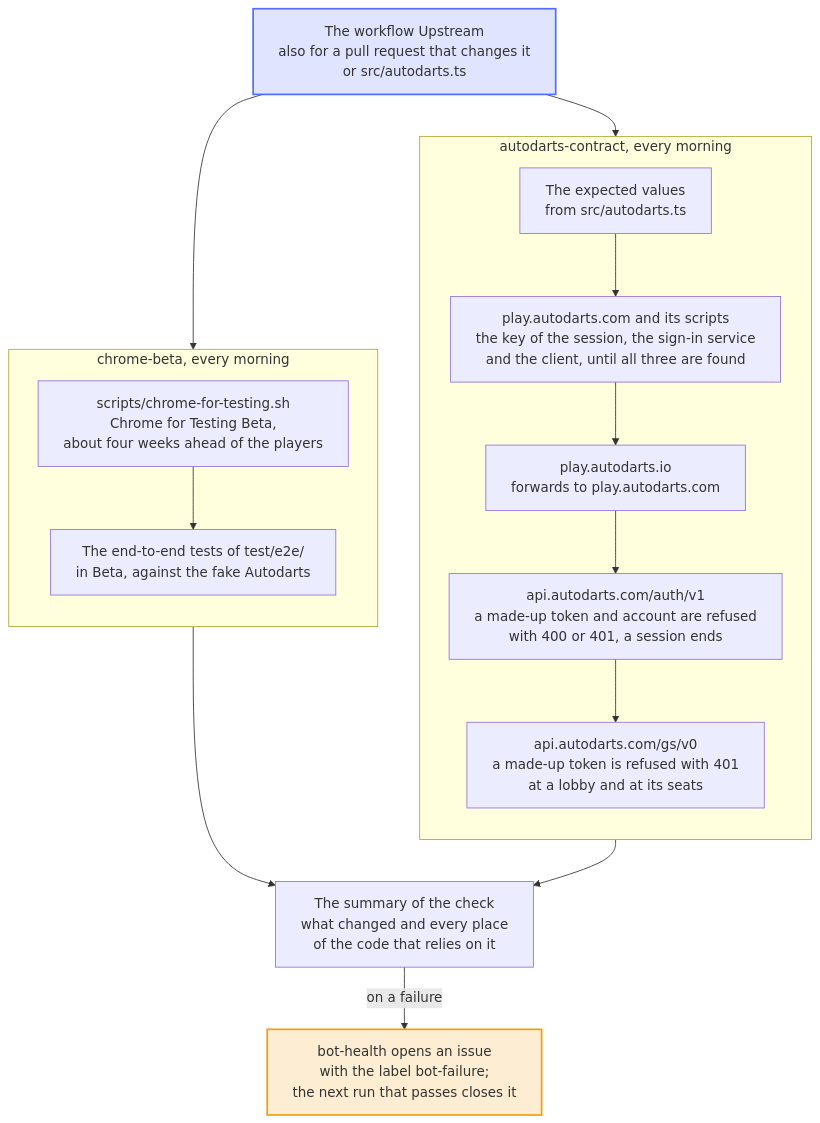
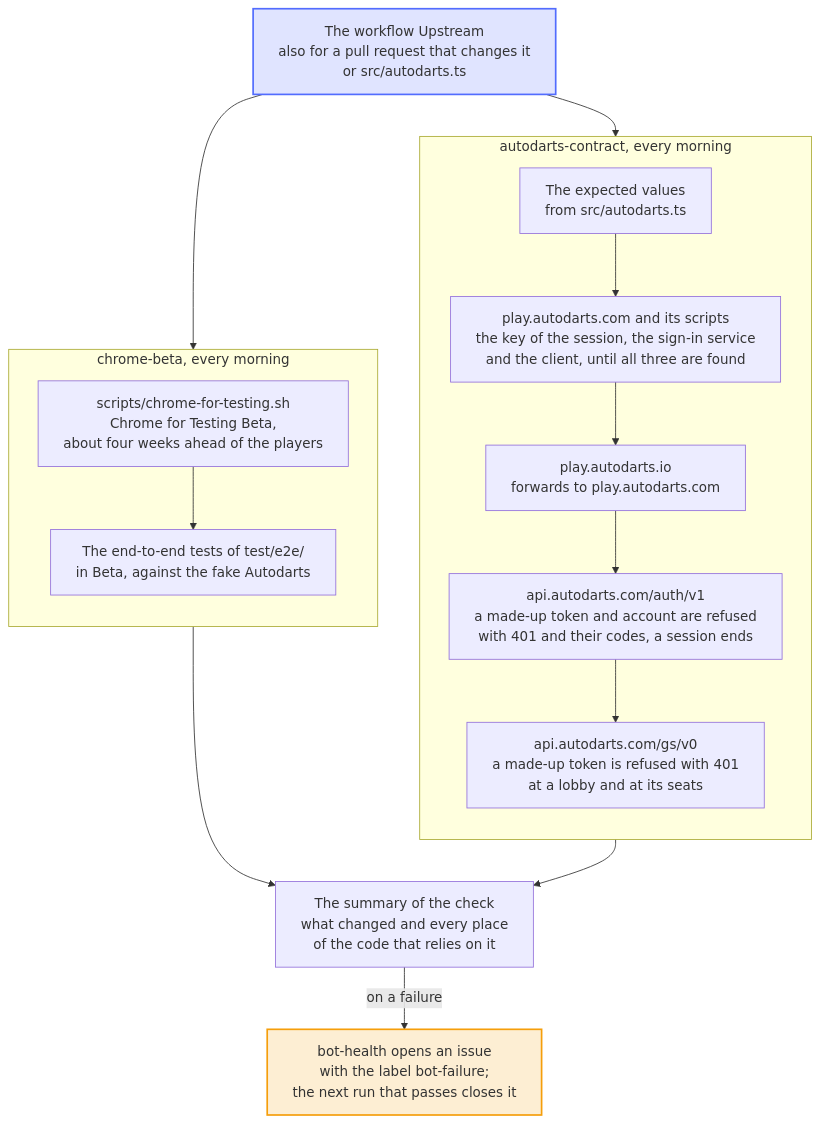
Before and after one commit to Dennis-Otto/player-switch-for-autodarts: the diagram in docs/diagrams/how-the-upstream-checks-work.mmd, drawn with Mermaid. The commit also changed 26 other files, not shown here.

First line of the commit message:
fix: a refused sign-in request keeps the parked sessions, and only a dead session ends one (#254)

```diff
--- a/docs/diagrams/how-the-upstream-checks-work.mmd
+++ b/docs/diagrams/how-the-upstream-checks-work.mmd
@@ -1,45 +1,45 @@
 ---
 config:
   flowchart:
     wrappingWidth: 400
 ---
 flowchart TB
     accTitle: How the upstream checks work
     accDescr: The workflow Upstream runs two checks of what the extension relies on but doesn't control. Every morning, autodarts-contract takes the expected values from src/autodarts.ts and asks the real Autodarts with made-up data only, about a dozen requests: it looks for the key of the session, the sign-in service and the client in the code of play.autodarts.com, script by script until it has found all three, follows the forward of play.autodarts.io, sends a made-up token, a made-up account and the end of a made-up session to the sign-in service, and a made-up token to a made-up lobby and its seats at the game service, through the functions of the extension. Every morning as well, chrome-beta downloads Chrome for Testing Beta, the next version of Chrome, and runs the end-to-end tests in it against the fake Autodarts. When either fails, its summary names what changed and where the code relies on it, and the bot-health bot opens an issue with the label bot-failure, which the next run that passes closes.
 
     workflow["The workflow Upstream<br>also for a pull request that changes it<br>or src/autodarts.ts"]
 
     subgraph daily ["autodarts-contract, every morning"]
         direction TB
         values["The expected values<br>from src/autodarts.ts"]
         page["play.autodarts.com and its scripts<br>the key of the session, the sign-in service<br>and the client, until all three are found"]
         forward["play.autodarts.io<br>forwards to play.autodarts.com"]
-        auth["api.autodarts.com/auth/v1<br>a made-up token and account are refused<br>with 400 or 401, a session ends"]
+        auth["api.autodarts.com/auth/v1<br>a made-up token and account are refused<br>with 401 and their codes, a session ends"]
         game["api.autodarts.com/gs/v0<br>a made-up token is refused with 401<br>at a lobby and at its seats"]
         values --> page
         page --> forward
         forward --> auth
         auth --> game
     end
 
     subgraph beta ["chrome-beta, every morning"]
         direction TB
         download["scripts/chrome-for-testing.sh<br>Chrome for Testing Beta,<br>about four weeks ahead of the players"]
         tests["The end-to-end tests of test/e2e/<br>in Beta, against the fake Autodarts"]
         download --> tests
     end
 
     workflow --> values
     workflow --> download
 
     report["The summary of the check<br>what changed and every place<br>of the code that relies on it"]
     game --> report
     tests --> report
 
     issue["bot-health opens an issue<br>with the label bot-failure;<br>the next run that passes closes it"]
     report -->|on a failure| issue
 
     classDef bot fill:#526cfe2e,stroke:#526cfe,stroke-width:2px
     classDef person fill:#f59e0b2e,stroke:#f59e0b,stroke-width:2px
     class workflow bot
     class issue person
```
